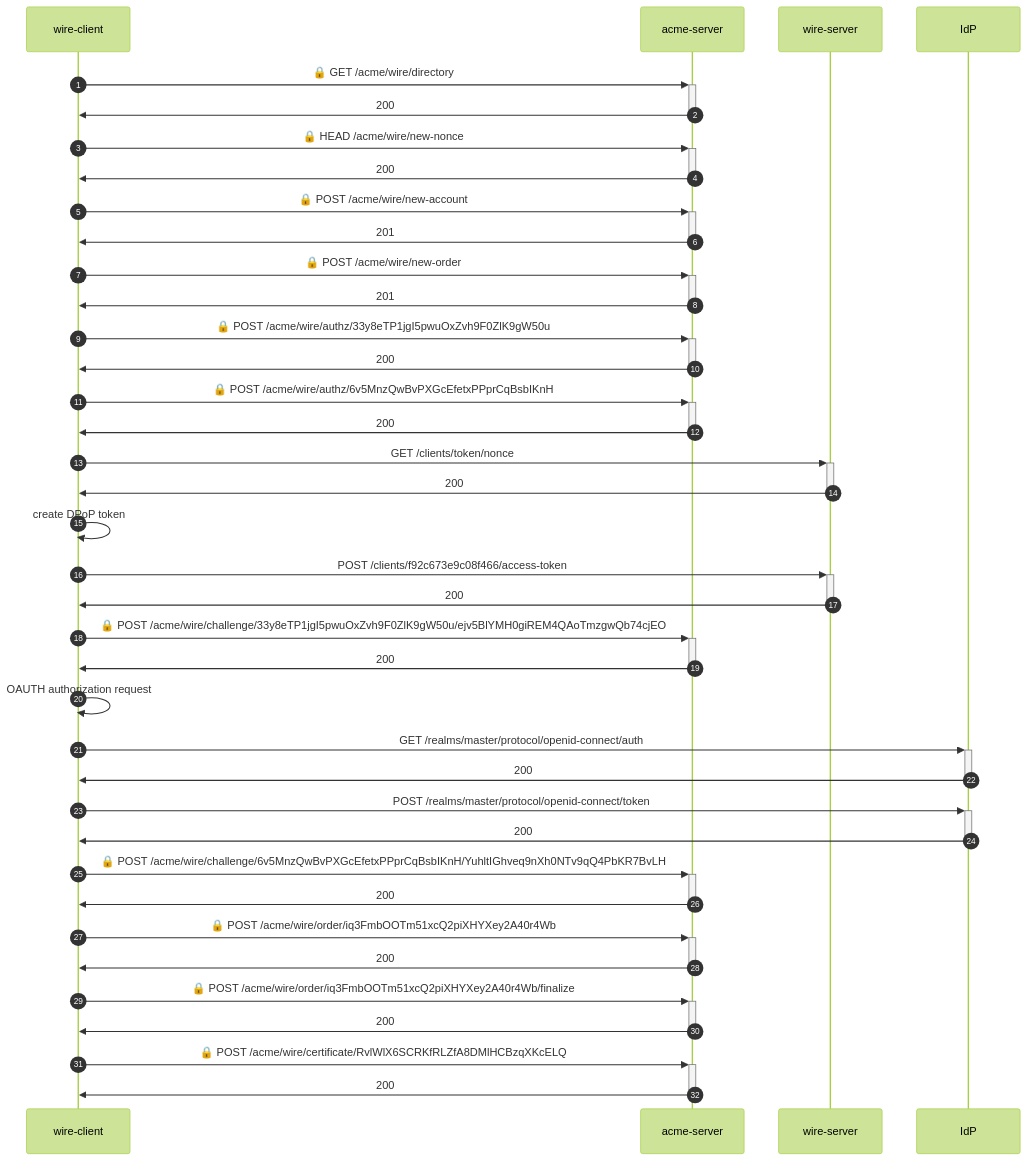
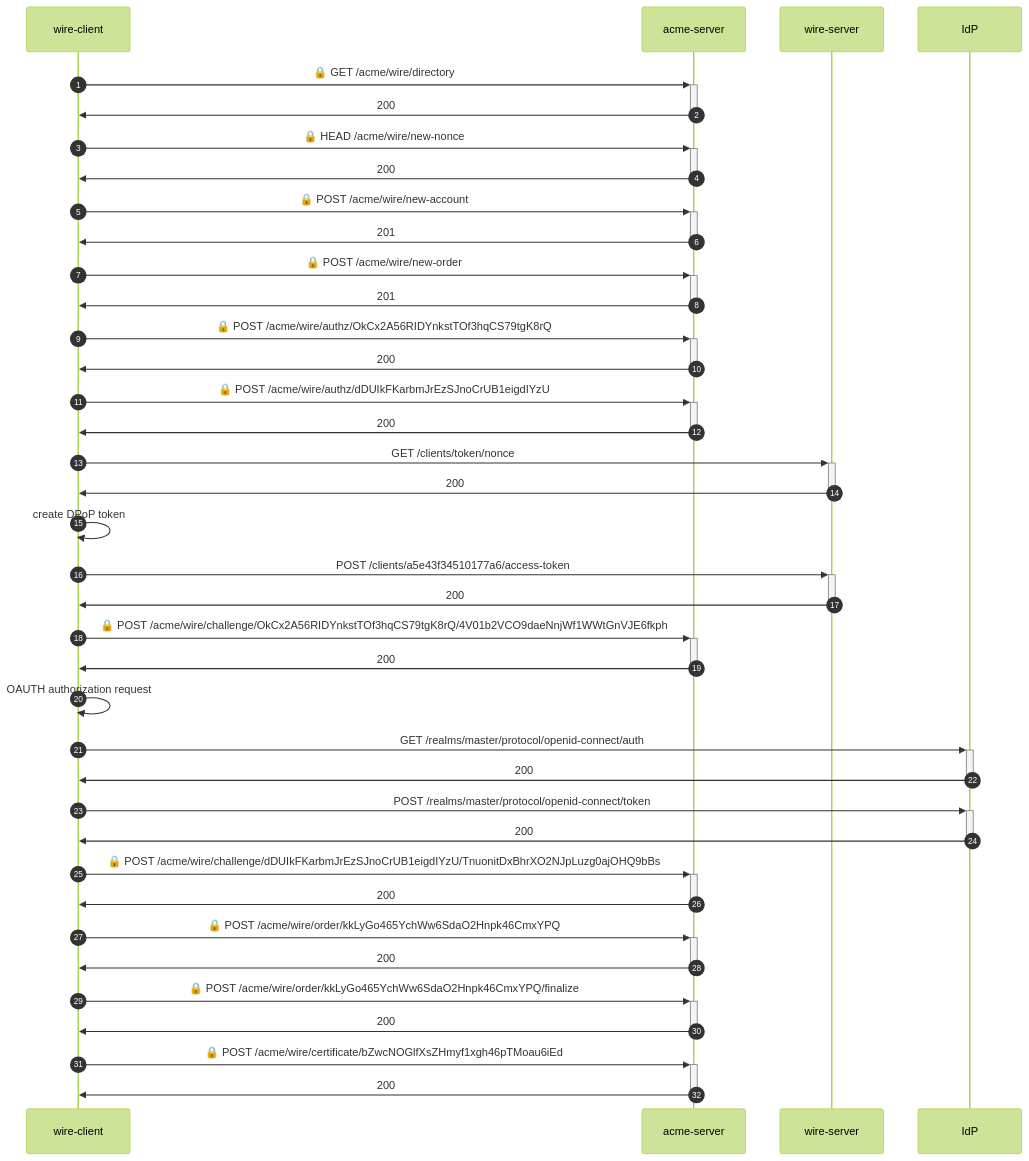
Before and after one commit to wireapp/rusty-jwt-tools: the diagram in e2e-identity/README.md, drawn with Mermaid (forest theme). The commit also changed other lines of this file, not shown here.

````diff
--- a/e2e-identity/README.md
+++ b/e2e-identity/README.md
@@ -3,36 +3,36 @@
 ```mermaid
 sequenceDiagram
     autonumber
     wire-client->>+acme-server: 🔒 GET /acme/wire/directory
     acme-server->>-wire-client: 200
     wire-client->>+acme-server: 🔒 HEAD /acme/wire/new-nonce
     acme-server->>-wire-client: 200
     wire-client->>+acme-server: 🔒 POST /acme/wire/new-account
     acme-server->>-wire-client: 201
     wire-client->>+acme-server: 🔒 POST /acme/wire/new-order
     acme-server->>-wire-client: 201
-    wire-client->>+acme-server: 🔒 POST /acme/wire/authz/33y8eTP1jgI5pwuOxZvh9F0ZlK9gW50u
+    wire-client->>+acme-server: 🔒 POST /acme/wire/authz/OkCx2A56RIDYnkstTOf3hqCS79tgK8rQ
     acme-server->>-wire-client: 200
-    wire-client->>+acme-server: 🔒 POST /acme/wire/authz/6v5MnzQwBvPXGcEfetxPPprCqBsbIKnH
+    wire-client->>+acme-server: 🔒 POST /acme/wire/authz/dDUIkFKarbmJrEzSJnoCrUB1eigdIYzU
     acme-server->>-wire-client: 200
     wire-client->>+wire-server:  GET /clients/token/nonce
     wire-server->>-wire-client: 200
     wire-client->>wire-client: create DPoP token
-    wire-client->>+wire-server:  POST /clients/f92c673e9c08f466/access-token
+    wire-client->>+wire-server:  POST /clients/a5e43f34510177a6/access-token
     wire-server->>-wire-client: 200
-    wire-client->>+acme-server: 🔒 POST /acme/wire/challenge/33y8eTP1jgI5pwuOxZvh9F0ZlK9gW50u/ejv5BlYMH0giREM4QAoTmzgwQb74cjEO
+    wire-client->>+acme-server: 🔒 POST /acme/wire/challenge/OkCx2A56RIDYnkstTOf3hqCS79tgK8rQ/4V01b2VCO9daeNnjWf1WWtGnVJE6fkph
     acme-server->>-wire-client: 200
     wire-client->>wire-client: OAUTH authorization request
     wire-client->>+IdP:  GET /realms/master/protocol/openid-connect/auth
     IdP->>-wire-client: 200
     wire-client->>+IdP:  POST /realms/master/protocol/openid-connect/token
     IdP->>-wire-client: 200
-    wire-client->>+acme-server: 🔒 POST /acme/wire/challenge/6v5MnzQwBvPXGcEfetxPPprCqBsbIKnH/YuhltIGhveq9nXh0NTv9qQ4PbKR7BvLH
+    wire-client->>+acme-server: 🔒 POST /acme/wire/challenge/dDUIkFKarbmJrEzSJnoCrUB1eigdIYzU/TnuonitDxBhrXO2NJpLuzg0ajOHQ9bBs
     acme-server->>-wire-client: 200
-    wire-client->>+acme-server: 🔒 POST /acme/wire/order/iq3FmbOOTm51xcQ2piXHYXey2A40r4Wb
+    wire-client->>+acme-server: 🔒 POST /acme/wire/order/kkLyGo465YchWw6SdaO2Hnpk46CmxYPQ
     acme-server->>-wire-client: 200
-    wire-client->>+acme-server: 🔒 POST /acme/wire/order/iq3FmbOOTm51xcQ2piXHYXey2A40r4Wb/finalize
+    wire-client->>+acme-server: 🔒 POST /acme/wire/order/kkLyGo465YchWw6SdaO2Hnpk46CmxYPQ/finalize
     acme-server->>-wire-client: 200
-    wire-client->>+acme-server: 🔒 POST /acme/wire/certificate/RvlWlX6SCRKfRLZfA8DMlHCBzqXKcELQ
+    wire-client->>+acme-server: 🔒 POST /acme/wire/certificate/bZwcNOGlfXsZHmyf1xgh46pTMoau6iEd
     acme-server->>-wire-client: 200
 ```
````
